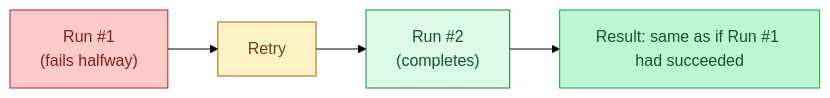
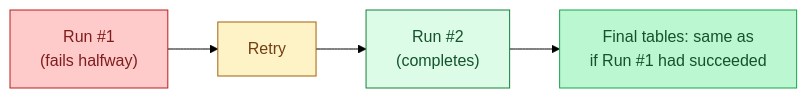
One commit to shiningflash/shiningflash.github.io changed the first of 2 diagrams in _de_concepts/040-idempotent-tasks.md. Above: the diagram before and after it, drawn with Mermaid (forest theme). The commit also changed other lines of this file and 69 other files, not shown here.

````diff
--- a/_de_concepts/040-idempotent-tasks.md
+++ b/_de_concepts/040-idempotent-tasks.md
@@ -12,11 +16,11 @@
 ```mermaid
 flowchart LR
     Run1["Run #1<br/>(fails halfway)"]:::r --> Retry["Retry"]:::y
     Retry --> Run2["Run #2<br/>(completes)"]:::g
-    Run2 --> Result["Result: same as if Run #1 had succeeded"]:::done
+    Run2 --> Result["Final tables: same as<br/>if Run #1 had succeeded"]:::done
 
     classDef r fill:#fecaca,stroke:#b91c1c,color:#7f1d1d
     classDef y fill:#fef3c7,stroke:#a16207,color:#713f12
     classDef g fill:#dcfce7,stroke:#15803d,color:#14532d
     classDef done fill:#bbf7d0,stroke:#16a34a,color:#14532d
 ```
````
